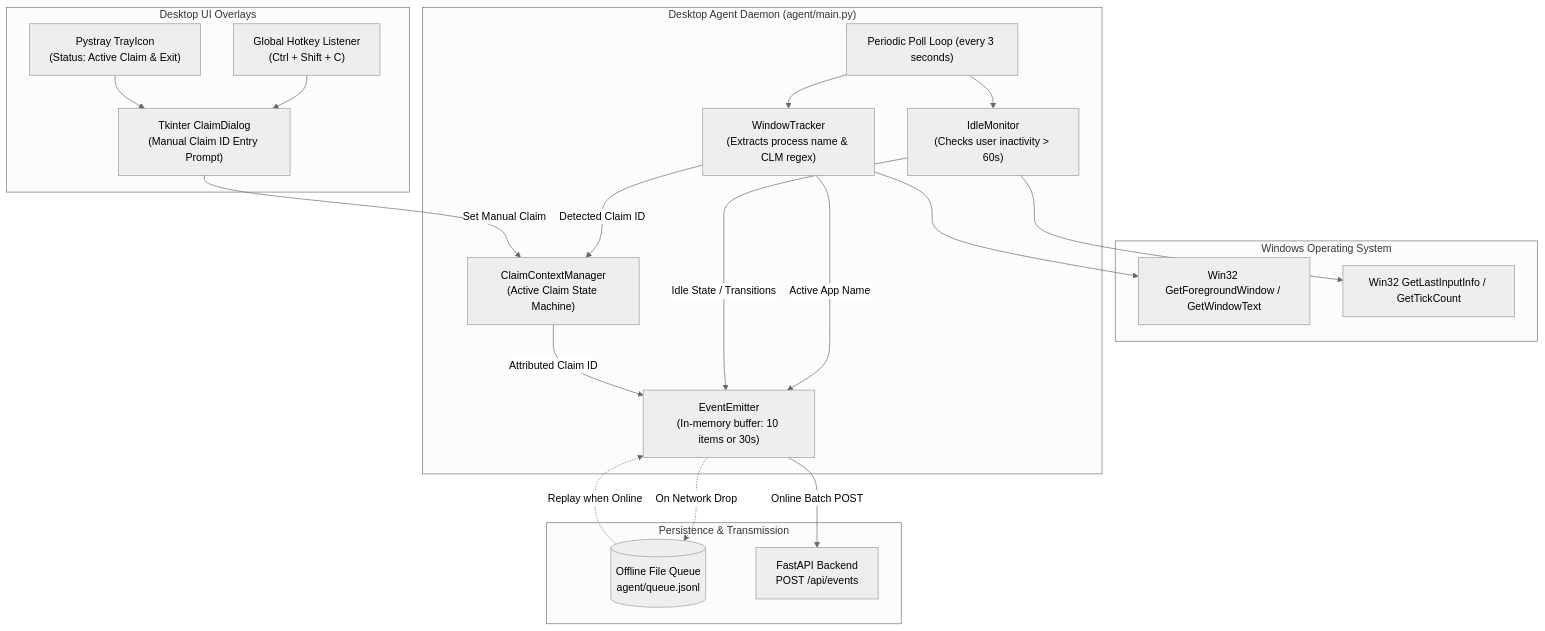
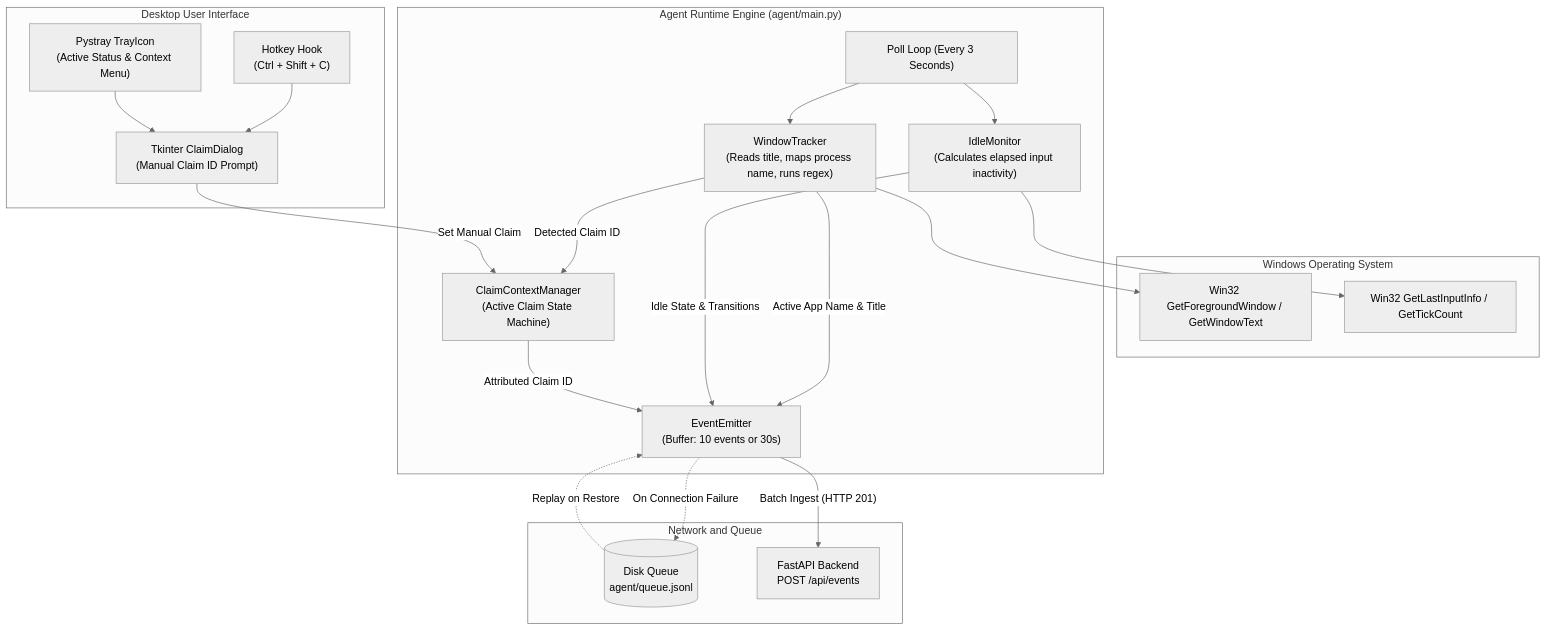
Before and after one commit to Gokul2004-ne/TMS: the first of 2 diagrams in agent/README.md, drawn with Mermaid (neutral theme). The commit also changed other lines of this file and 5 other files, not shown here.

````diff
--- a/agent/README.md
+++ b/agent/README.md
@@ -10,44 +23,44 @@
 ```mermaid
 flowchart TD
     subgraph OS ["Windows Operating System"]
-        Win32API["Win32 GetForegroundWindow / GetWindowText"]
-        InputAPI["Win32 GetLastInputInfo / GetTickCount"]
+        Win32_Window["Win32 GetForegroundWindow / GetWindowText"]
+        Win32_Input["Win32 GetLastInputInfo / GetTickCount"]
     end
 
-    subgraph AgentDaemon ["Desktop Agent Daemon (agent/main.py)"]
-        Loop["Periodic Poll Loop (every 3 seconds)"]
-        Tracker["WindowTracker\n(Extracts process name & CLM regex)"]
-        IdleMon["IdleMonitor\n(Checks user inactivity > 60s)"]
-        ContextMgr["ClaimContextManager\n(Active Claim State Machine)"]
-        Emitter["EventEmitter\n(In-memory buffer: 10 items or 30s)"]
-        
-        Loop --> Tracker
-        Loop --> IdleMon
-        Tracker --> Win32API
-        IdleMon --> InputAPI
-        
+    subgraph AgentEngine ["Agent Runtime Engine (agent/main.py)"]
+        PollLoop["Poll Loop (Every 3 Seconds)"]
+        Tracker["WindowTracker<br/>(Reads title, maps process name, runs regex)"]
+        IdleMon["IdleMonitor<br/>(Calculates elapsed input inactivity)"]
+        ContextMgr["ClaimContextManager<br/>(Active Claim State Machine)"]
+        Emitter["EventEmitter<br/>(Buffer: 10 events or 30s)"]
+
+        PollLoop --> Tracker
+        PollLoop --> IdleMon
+        Tracker --> Win32_Window
+        IdleMon --> Win32_Input
+
         Tracker -->|"Detected Claim ID"| ContextMgr
-        Tracker -->|"Active App Name"| Emitter
-        IdleMon -->|"Idle State / Transitions"| Emitter
+        Tracker -->|"Active App Name & Title"| Emitter
+        IdleMon -->|"Idle State & Transitions"| Emitter
         ContextMgr -->|"Attributed Claim ID"| Emitter
     end
 
-    subgraph UserInterface ["Desktop UI Overlays"]
-        Dialog["Tkinter ClaimDialog\n(Manual Claim ID Entry Prompt)"]
-        Tray["Pystray TrayIcon\n(Status: Active Claim & Exit)"]
-        Hotkey["Global Hotkey Listener\n(Ctrl + Shift + C)"]
-        
+    subgraph Overlays ["Desktop User Interface"]
+        Dialog["Tkinter ClaimDialog<br/>(Manual Claim ID Prompt)"]
+        Tray["Pystray TrayIcon<br/>(Active Status & Context Menu)"]
+        Hotkey["Hotkey Hook<br/>(Ctrl + Shift + C)"]
+
         Hotkey --> Dialog
         Tray --> Dialog
         Dialog -->|"Set Manual Claim"| ContextMgr
     end
 
-    subgraph StorageAndNetwork ["Persistence & Transmission"]
-        DiskQueue[("Offline File Queue\nagent/queue.jsonl")]
-        BackendAPI["FastAPI Backend\nPOST /api/events"]
-        
-        Emitter -->|"Online Batch POST"| BackendAPI
-        Emitter -.->|"On Network Drop"| DiskQueue
-        DiskQueue -.->|"Replay when Online"| Emitter
+    subgraph PersistenceLayer ["Network and Queue"]
+        DiskQueue[("Disk Queue<br/>agent/queue.jsonl")]
+        Backend["FastAPI Backend<br/>POST /api/events"]
+
+        Emitter -->|"Batch Ingest (HTTP 201)"| Backend
+        Emitter -.->|"On Connection Failure"| DiskQueue
+        DiskQueue -.->|"Replay on Restore"| Emitter
     end
 ```
````
